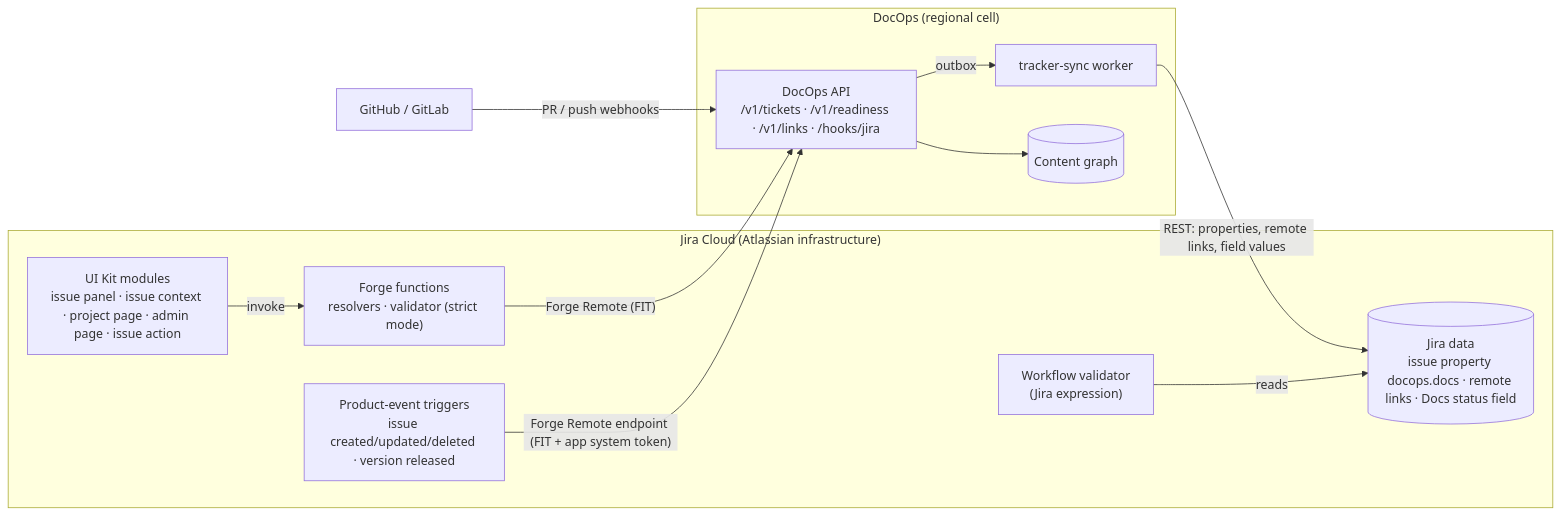
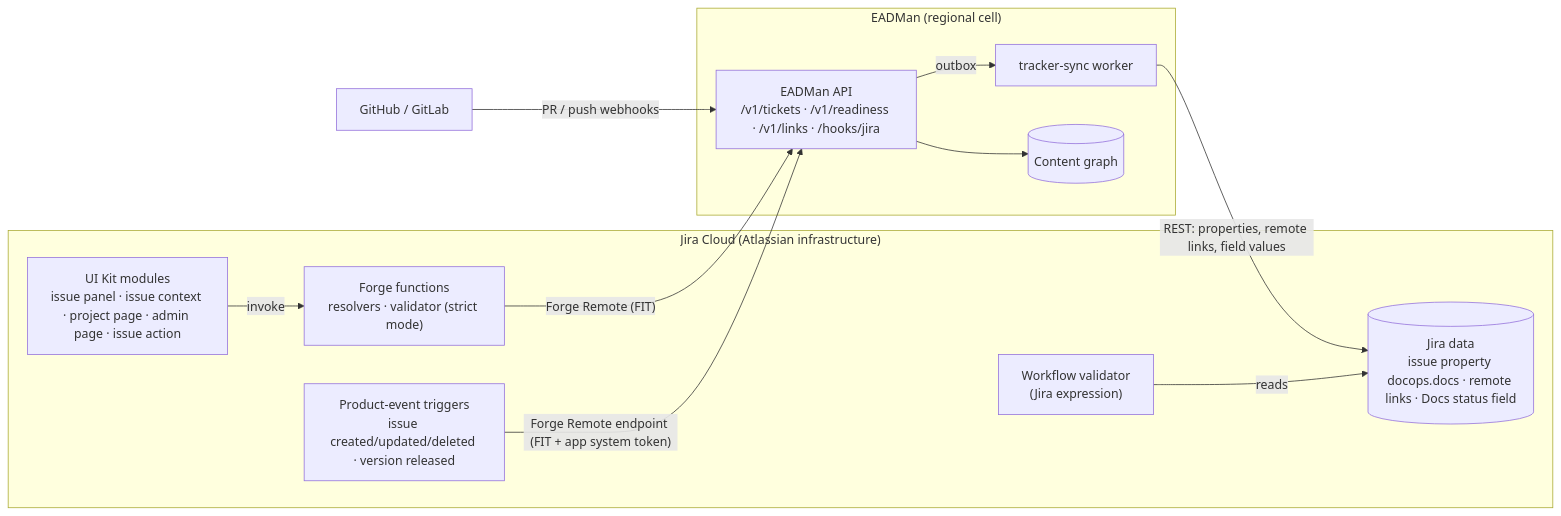
Before and after one commit to mdzaman/eadman: the first of 2 diagrams in docs/06-jira-integration.md, drawn with Mermaid. The commit also changed other lines of this file and 70 other files, not shown here.

````diff
--- a/docs/06-jira-integration.md
+++ b/docs/06-jira-integration.md
@@ -24,25 +24,25 @@
 ```mermaid
 flowchart LR
   subgraph jira["Jira Cloud (Atlassian infrastructure)"]
     ui["UI Kit modules<br/>issue panel · issue context · project page · admin page · issue action"]
     fn["Forge functions<br/>resolvers · validator (strict mode)"]
     trg["Product-event triggers<br/>issue created/updated/deleted · version released"]
     store[("Jira data<br/>issue property docops.docs · remote links · Docs status field")]
     wf["Workflow validator<br/>(Jira expression)"]
   end
-  subgraph docops["DocOps (regional cell)"]
-    api["DocOps API<br/>/v1/tickets · /v1/readiness · /v1/links · /hooks/jira"]
+  subgraph docops["EADMan (regional cell)"]
+    api["EADMan API<br/>/v1/tickets · /v1/readiness · /v1/links · /hooks/jira"]
     w["tracker-sync worker"]
     g[("Content graph")]
   end
   gh["GitHub / GitLab"]
 
   ui -- "invoke" --> fn
   fn -- "Forge Remote (FIT)" --> api
   trg -- "Forge Remote endpoint (FIT + app system token)" --> api
   api --> g
   gh -- "PR / push webhooks" --> api
   api -- "outbox" --> w
   w -- "REST: properties, remote links, field values" --> store
   wf -- "reads" --> store
 ```
````
